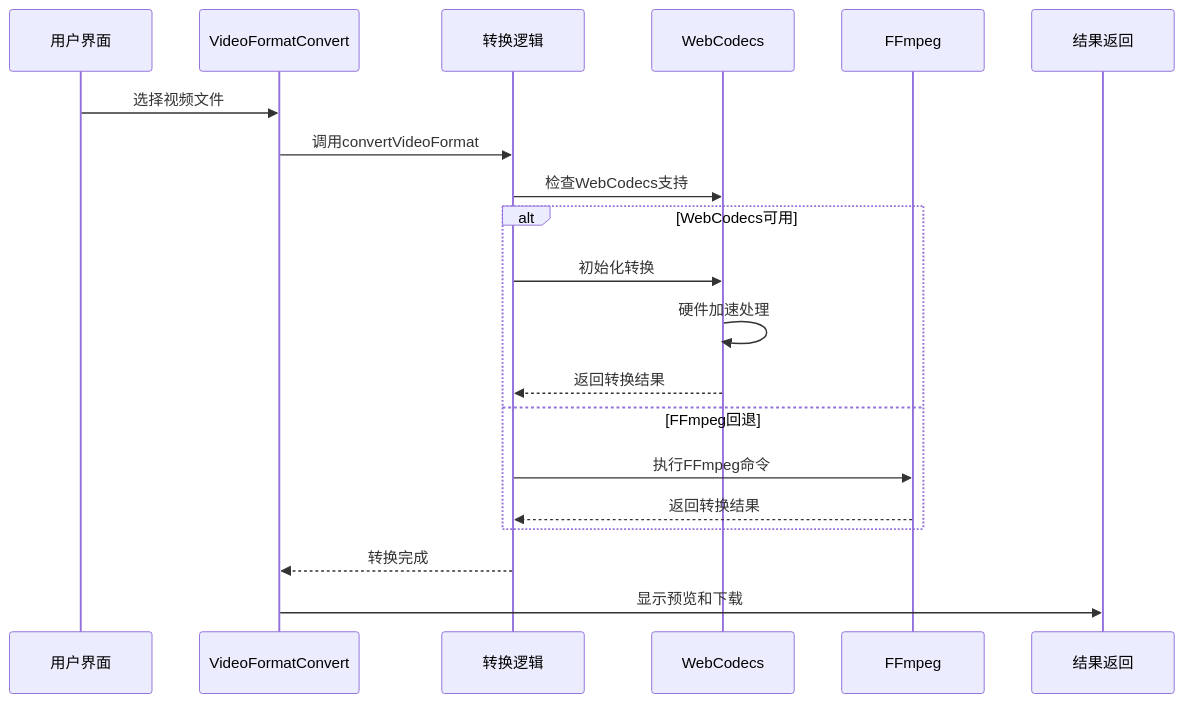
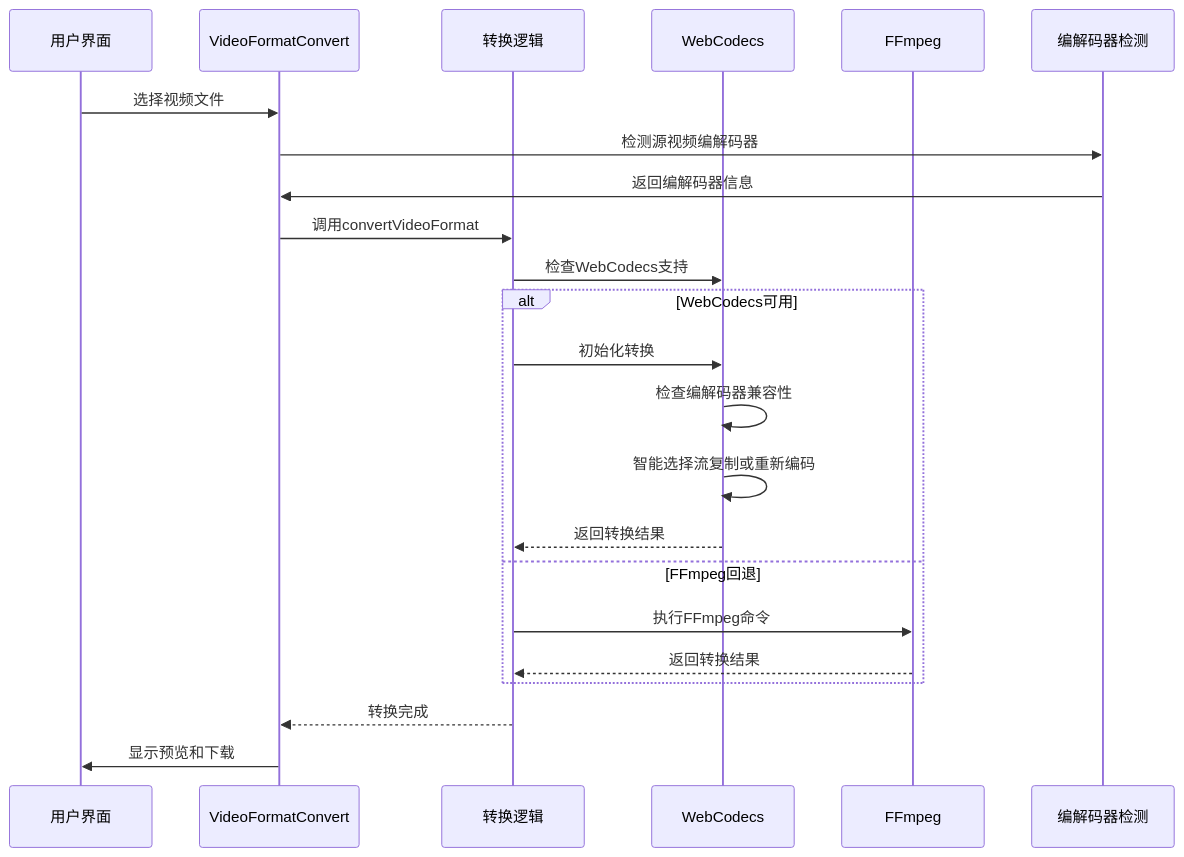
Before and after one commit to sgyy/privadeck: the fourth of 13 diagrams in .qoder/repowiki/zh/content/工具分类/视频处理工具/视频格式转换工具.md, drawn with Mermaid. The commit also changed other lines of this file and 5 other files, not shown here.

````diff
--- a/.qoder/repowiki/zh/content/工具分类/视频处理工具/视频格式转换工具.md
+++ b/.qoder/repowiki/zh/content/工具分类/视频处理工具/视频格式转换工具.md
@@ -137,22 +160,25 @@
 ```mermaid
 sequenceDiagram
 participant U as 用户界面
 participant V as VideoFormatConvert
 participant L as 转换逻辑
 participant W as WebCodecs
 participant F as FFmpeg
-participant R as 结果返回
+participant S as 编解码器检测
 U->>V : 选择视频文件
+V->>S : 检测源视频编解码器
+S->>V : 返回编解码器信息
 V->>L : 调用convertVideoFormat
 L->>W : 检查WebCodecs支持
 alt WebCodecs可用
 L->>W : 初始化转换
-W->>W : 硬件加速处理
+W->>W : 检查编解码器兼容性
+W->>W : 智能选择流复制或重新编码
 W-->>L : 返回转换结果
 else FFmpeg回退
 L->>F : 执行FFmpeg命令
 F-->>L : 返回转换结果
 end
 L-->>V : 转换完成
-V->>R : 显示预览和下载
+V->>U : 显示预览和下载
 ```
````
